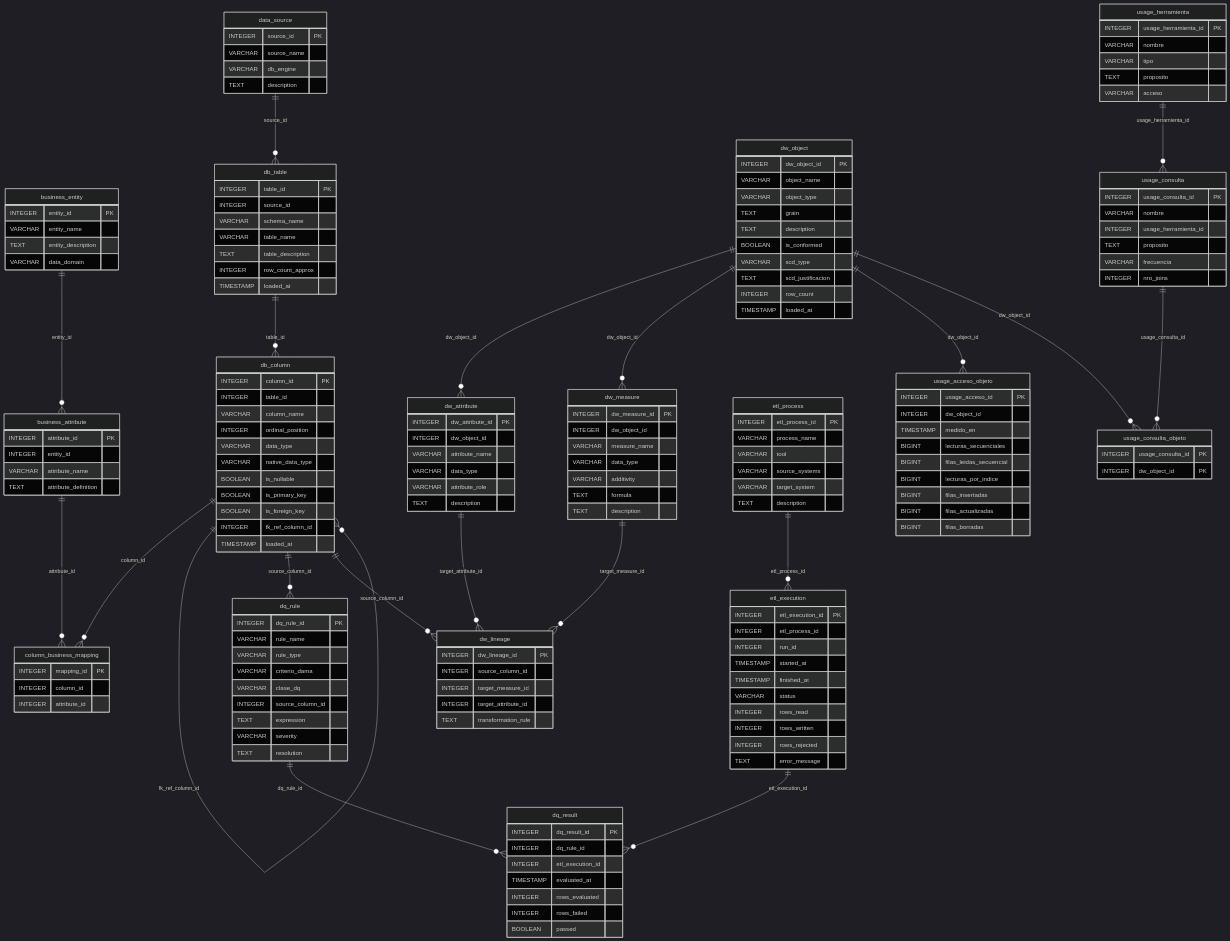
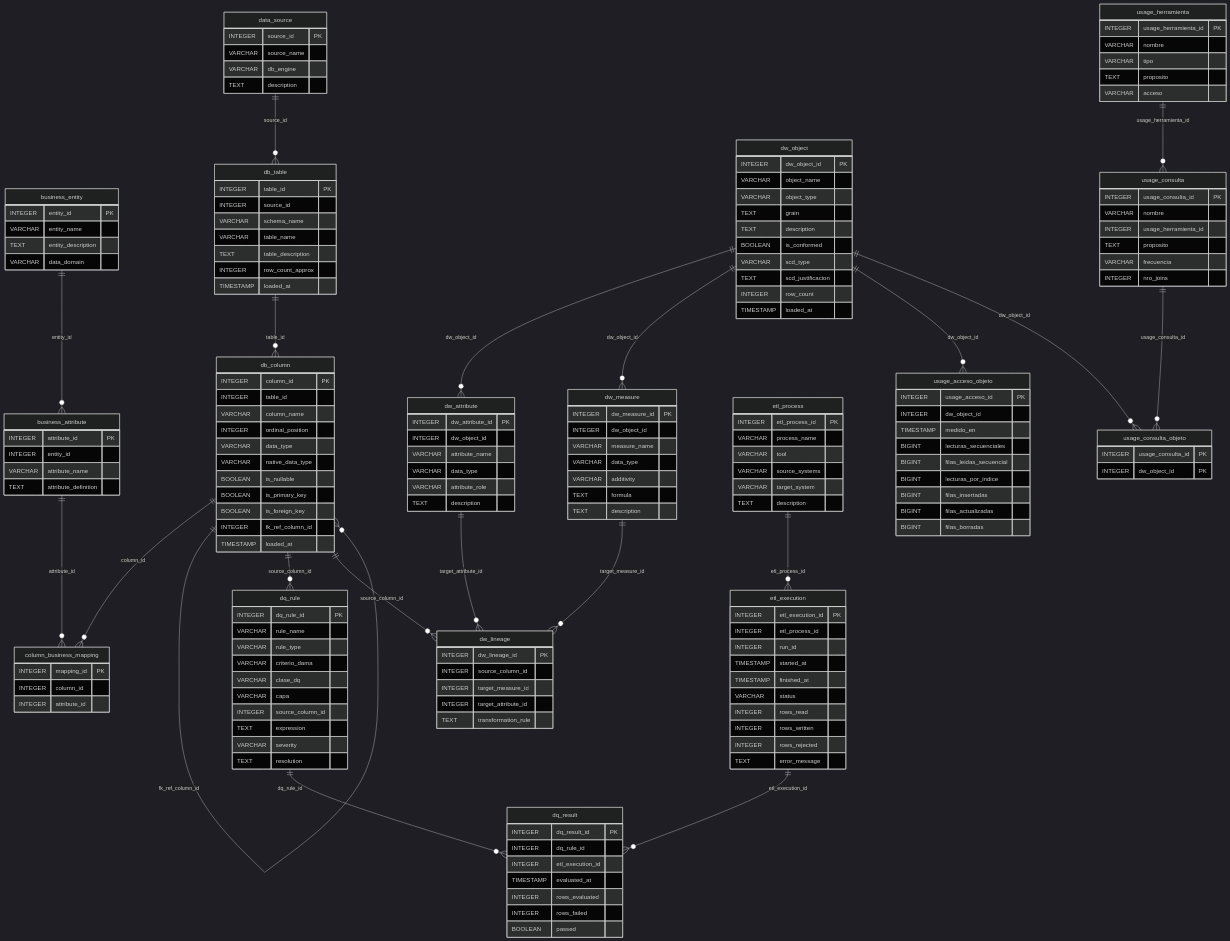
Before and after one commit to salo368/proyecto-modelos-datos: the diagram in docs/Entrega_2/img/repositorio_metadatos.mmd, drawn with Mermaid (dark theme). The commit also changed 29 other files, not shown here.

```diff
--- a/docs/Entrega_2/img/repositorio_metadatos.mmd
+++ b/docs/Entrega_2/img/repositorio_metadatos.mmd
@@ -1,171 +1,172 @@
 erDiagram
     business_attribute {
         INTEGER attribute_id PK
         INTEGER entity_id
         VARCHAR attribute_name
         TEXT attribute_definition
     }
     business_entity {
         INTEGER entity_id PK
         VARCHAR entity_name
         TEXT entity_description
         VARCHAR data_domain
     }
     column_business_mapping {
         INTEGER mapping_id PK
         INTEGER column_id
         INTEGER attribute_id
     }
     data_source {
         INTEGER source_id PK
         VARCHAR source_name
         VARCHAR db_engine
         TEXT description
     }
     db_column {
         INTEGER column_id PK
         INTEGER table_id
         VARCHAR column_name
         INTEGER ordinal_position
         VARCHAR data_type
         VARCHAR native_data_type
         BOOLEAN is_nullable
         BOOLEAN is_primary_key
         BOOLEAN is_foreign_key
         INTEGER fk_ref_column_id
         TIMESTAMP loaded_at
     }
     db_table {
         INTEGER table_id PK
         INTEGER source_id
         VARCHAR schema_name
         VARCHAR table_name
         TEXT table_description
         INTEGER row_count_approx
         TIMESTAMP loaded_at
     }
     dq_result {
         INTEGER dq_result_id PK
         INTEGER dq_rule_id
         INTEGER etl_execution_id
         TIMESTAMP evaluated_at
         INTEGER rows_evaluated
         INTEGER rows_failed
         BOOLEAN passed
     }
     dq_rule {
         INTEGER dq_rule_id PK
         VARCHAR rule_name
         VARCHAR rule_type
         VARCHAR criterio_dama
         VARCHAR clase_dq
+        VARCHAR capa
         INTEGER source_column_id
         TEXT expression
         VARCHAR severity
         TEXT resolution
     }
     dw_attribute {
         INTEGER dw_attribute_id PK
         INTEGER dw_object_id
         VARCHAR attribute_name
         VARCHAR data_type
         VARCHAR attribute_role
         TEXT description
     }
     dw_lineage {
         INTEGER dw_lineage_id PK
         INTEGER source_column_id
         INTEGER target_measure_id
         INTEGER target_attribute_id
         TEXT transformation_rule
     }
     dw_measure {
         INTEGER dw_measure_id PK
         INTEGER dw_object_id
         VARCHAR measure_name
         VARCHAR data_type
         VARCHAR additivity
         TEXT formula
         TEXT description
     }
     dw_object {
         INTEGER dw_object_id PK
         VARCHAR object_name
         VARCHAR object_type
         TEXT grain
         TEXT description
         BOOLEAN is_conformed
         VARCHAR scd_type
         TEXT scd_justificacion
         INTEGER row_count
         TIMESTAMP loaded_at
     }
     etl_execution {
         INTEGER etl_execution_id PK
         INTEGER etl_process_id
         INTEGER run_id
         TIMESTAMP started_at
         TIMESTAMP finished_at
         VARCHAR status
         INTEGER rows_read
         INTEGER rows_written
         INTEGER rows_rejected
         TEXT error_message
     }
     etl_process {
         INTEGER etl_process_id PK
         VARCHAR process_name
         VARCHAR tool
         VARCHAR source_systems
         VARCHAR target_system
         TEXT description
     }
     usage_acceso_objeto {
         INTEGER usage_acceso_id PK
         INTEGER dw_object_id
         TIMESTAMP medido_en
         BIGINT lecturas_secuenciales
         BIGINT filas_leidas_secuencial
         BIGINT lecturas_por_indice
         BIGINT filas_insertadas
         BIGINT filas_actualizadas
         BIGINT filas_borradas
     }
     usage_consulta {
         INTEGER usage_consulta_id PK
         VARCHAR nombre
         INTEGER usage_herramienta_id
         TEXT proposito
         VARCHAR frecuencia
         INTEGER nro_joins
     }
     usage_consulta_objeto {
         INTEGER usage_consulta_id PK
         INTEGER dw_object_id PK
     }
     usage_herramienta {
         INTEGER usage_herramienta_id PK
         VARCHAR nombre
         VARCHAR tipo
         TEXT proposito
         VARCHAR acceso
     }
     business_entity ||--o{ business_attribute : "entity_id"
     business_attribute ||--o{ column_business_mapping : "attribute_id"
     db_column ||--o{ column_business_mapping : "column_id"
     db_column ||--o{ db_column : "fk_ref_column_id"
     db_table ||--o{ db_column : "table_id"
     data_source ||--o{ db_table : "source_id"
     dq_rule ||--o{ dq_result : "dq_rule_id"
     etl_execution ||--o{ dq_result : "etl_execution_id"
     db_column ||--o{ dq_rule : "source_column_id"
     dw_object ||--o{ dw_attribute : "dw_object_id"
     db_column ||--o{ dw_lineage : "source_column_id"
     dw_attribute ||--o{ dw_lineage : "target_attribute_id"
     dw_measure ||--o{ dw_lineage : "target_measure_id"
     dw_object ||--o{ dw_measure : "dw_object_id"
     etl_process ||--o{ etl_execution : "etl_process_id"
     dw_object ||--o{ usage_acceso_objeto : "dw_object_id"
     usage_herramienta ||--o{ usage_consulta : "usage_herramienta_id"
     dw_object ||--o{ usage_consulta_objeto : "dw_object_id"
     usage_consulta ||--o{ usage_consulta_objeto : "usage_consulta_id"
```
